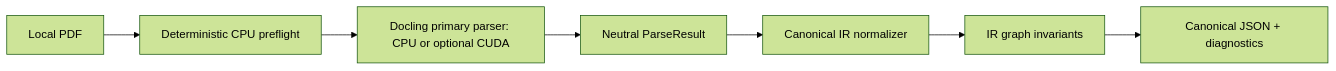
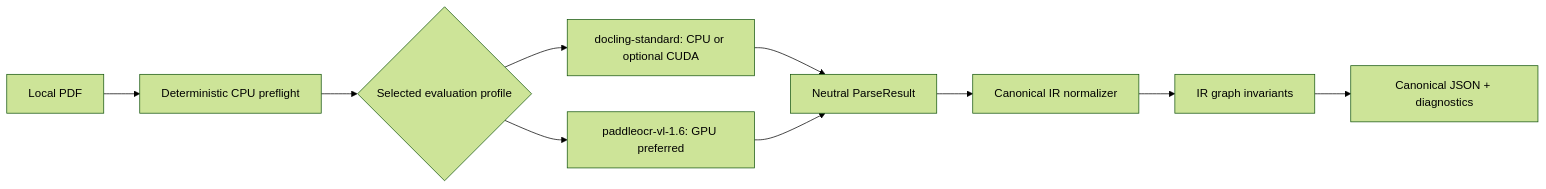
Before and after one commit to Dadada66666/RAG: the second of 2 diagrams in README.md, drawn with Mermaid (forest theme). The commit also changed other lines of this file and 54 other files, not shown here.

````diff
--- a/README.md
+++ b/README.md
@@ -66,9 +71,12 @@
 ```mermaid
 flowchart LR
     A["Local PDF"] --> B["Deterministic CPU preflight"]
-    B --> C["Docling primary parser: CPU or optional CUDA"]
-    C --> D["Neutral ParseResult"]
+    B --> C{"Selected evaluation profile"}
+    C --> C1["docling-standard: CPU or optional CUDA"]
+    C --> C2["paddleocr-vl-1.6: GPU preferred"]
+    C1 --> D["Neutral ParseResult"]
+    C2 --> D
     D --> E["Canonical IR normalizer"]
     E --> F["IR graph invariants"]
     F --> G["Canonical JSON + diagnostics"]
 ```
````
